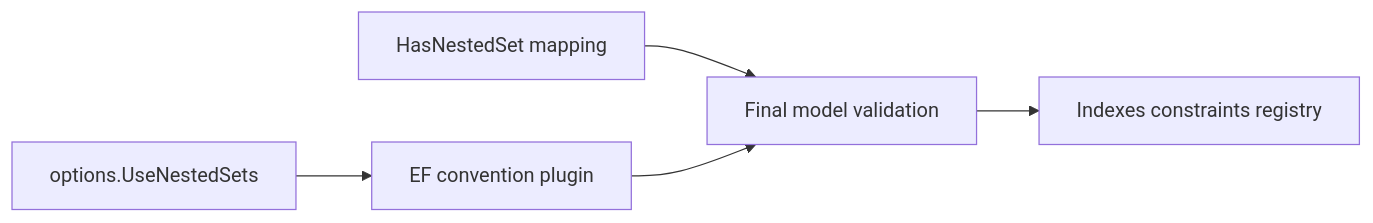
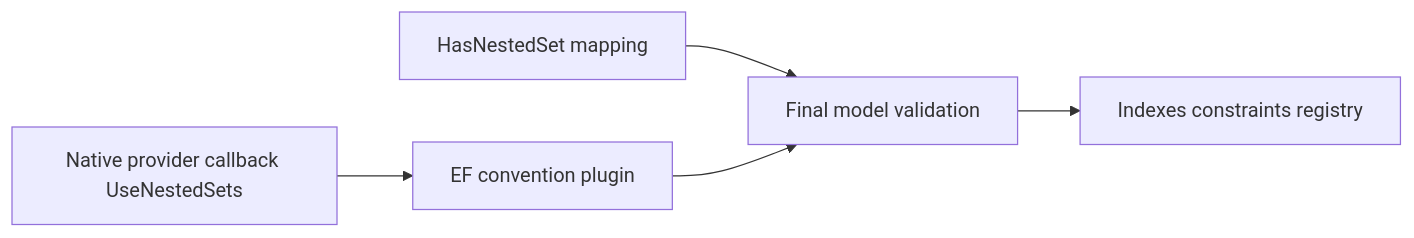
One commit to doka-labs/Doka.EntityFrameworkCore.NestedSet changed the second of 12 diagrams in docs/implementation-design.md. Above: the diagram before and after it, drawn with Mermaid. The commit also changed other lines of this file and 1124 other files, not shown here.

````diff
--- a/docs/implementation-design.md
+++ b/docs/implementation-design.md
@@ -35,13 +62,13 @@
 ```mermaid
 flowchart LR
-    Options[options.UseNestedSets]
+    Options[Native provider callback UseNestedSets]
     Plugin[EF convention plugin]
     Entity[HasNestedSet mapping]
     Final[Final model validation]
     Schema[Indexes constraints registry]
 
     Options --> Plugin
     Entity --> Final
     Plugin --> Final
     Final --> Schema
 ```
````
